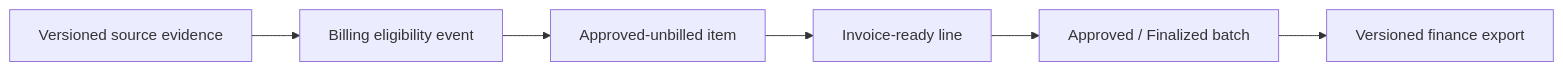
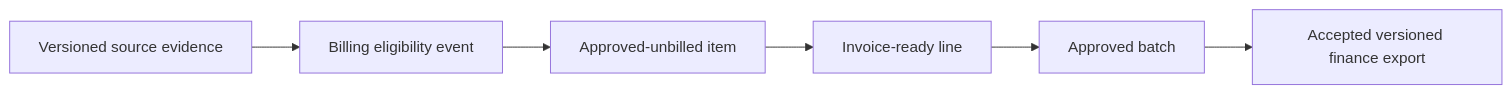
Before and after one commit to APReddy-AutoBotz/WorkOS: the second of 2 diagrams in docs/02-architecture/INTEGRATION_ARCHITECTURE.md, drawn with Mermaid. The commit also changed other lines of this file, not shown here.

Commit message:
docs: define finance and notification integration delivery contracts

````diff
--- a/docs/02-architecture/INTEGRATION_ARCHITECTURE.md
+++ b/docs/02-architecture/INTEGRATION_ARCHITECTURE.md
@@ -43,8 +44,8 @@
 ```mermaid
 flowchart LR
     Source[Versioned source evidence] --> Eligibility[Billing eligibility event]
     Eligibility --> Register[Approved-unbilled item]
     Register --> BatchLine[Invoice-ready line]
-    BatchLine --> Batch[Approved / Finalized batch]
-    Batch --> Export[Versioned finance export]
+    BatchLine --> Batch[Approved batch]
+    Batch --> Export[Accepted versioned finance export]
 ```
````
